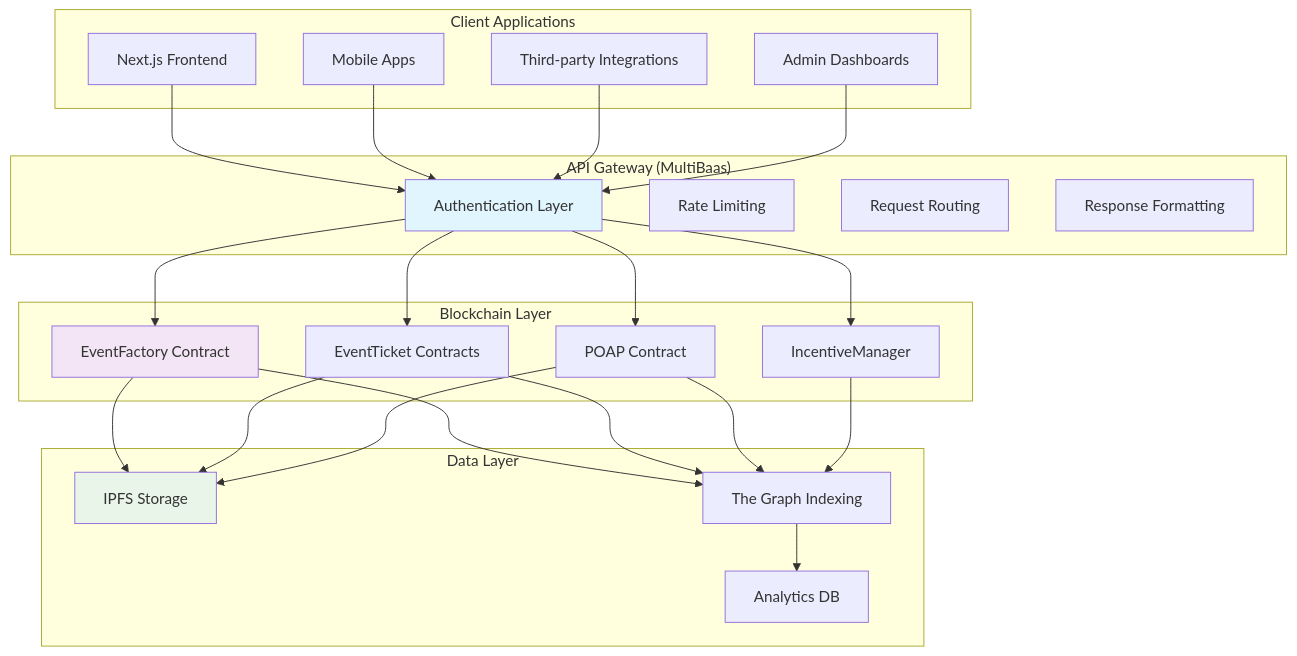
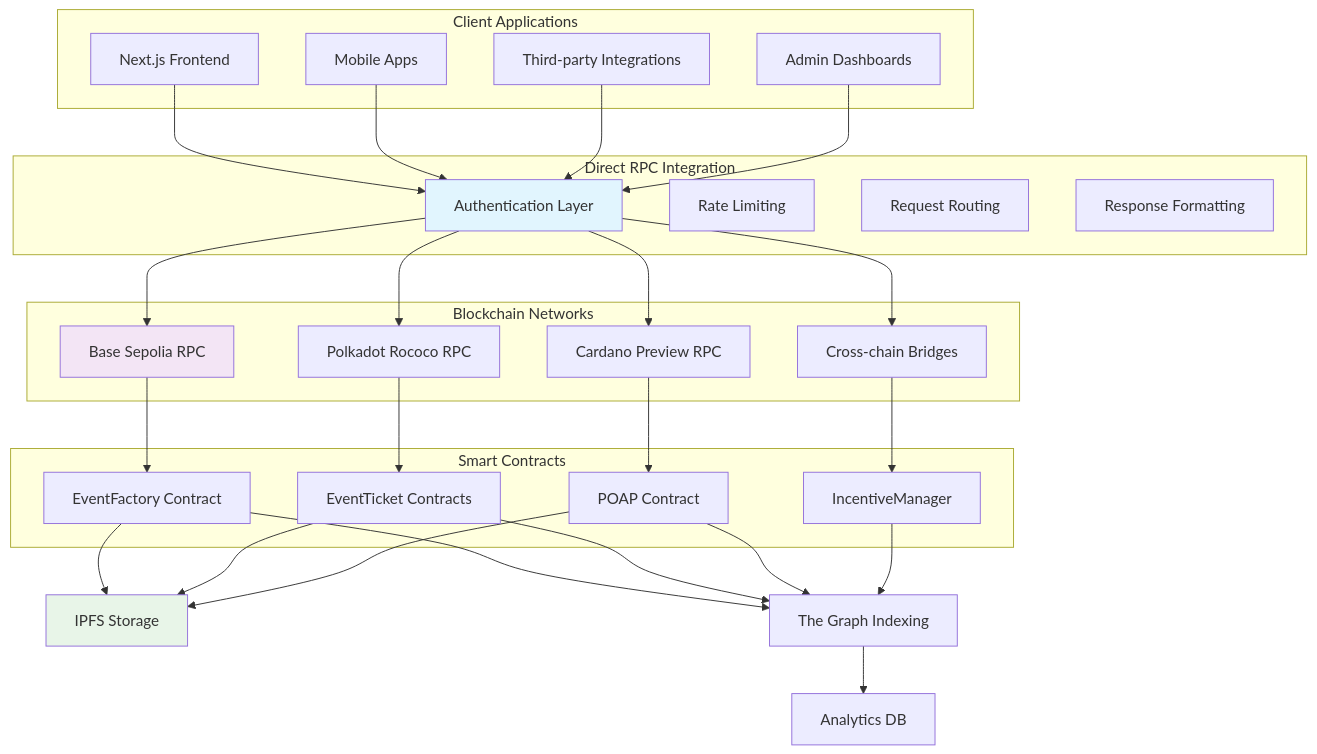
Before and after one commit to Emertechs-Labs/e-chain: the diagram in docs/api/README.md, drawn with Mermaid. The commit also changed other lines of this file and 152 other files, not shown here.

````diff
--- a/docs/api/README.md
+++ b/docs/api/README.md
@@ -30,54 +32,60 @@
 ```mermaid
 graph TB
     subgraph "Client Applications"
         A[Next.js Frontend]
         B[Mobile Apps]
         C[Third-party Integrations]
         D[Admin Dashboards]
     end
 
-    subgraph "API Gateway (MultiBaas)"
+    subgraph "Direct RPC Integration"
         E[Authentication Layer]
         F[Rate Limiting]
         G[Request Routing]
         H[Response Formatting]
     end
 
-    subgraph "Blockchain Layer"
-        I[EventFactory Contract]
-        J[EventTicket Contracts]
-        K[POAP Contract]
-        L[IncentiveManager]
+    subgraph "Blockchain Networks"
+        I[Base Sepolia RPC]
+        J[Polkadot Rococo RPC]
+        K[Cardano Preview RPC]
+        L[Cross-chain Bridges]
     end
 
-    subgraph "Data Layer"
-        M[IPFS Storage]
-        N[The Graph Indexing]
-        O[Analytics DB]
+    subgraph "Smart Contracts"
+        M[EventFactory Contract]
+        N[EventTicket Contracts]
+        O[POAP Contract]
+        P[IncentiveManager]
     end
 
     A --> E
     B --> E
     C --> E
     D --> E
 
     E --> I
     E --> J
     E --> K
     E --> L
 
     I --> M
-    J --> M
-    K --> M
+    J --> N
+    K --> O
+    L --> P
 
-    I --> N
-    J --> N
-    K --> N
-    L --> N
+    M --> Q[IPFS Storage]
+    N --> Q
+    O --> Q
 
-    N --> O
+    M --> R[The Graph Indexing]
+    N --> R
+    O --> R
+    P --> R
+
+    R --> S[Analytics DB]
 
     style E fill:#e1f5fe
     style I fill:#f3e5f5
-    style M fill:#e8f5e8
+    style Q fill:#e8f5e8
 ```
````
